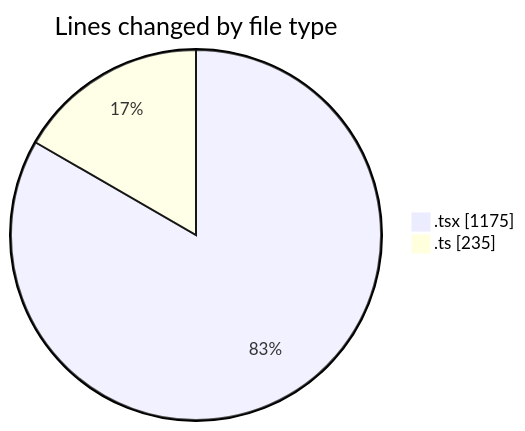
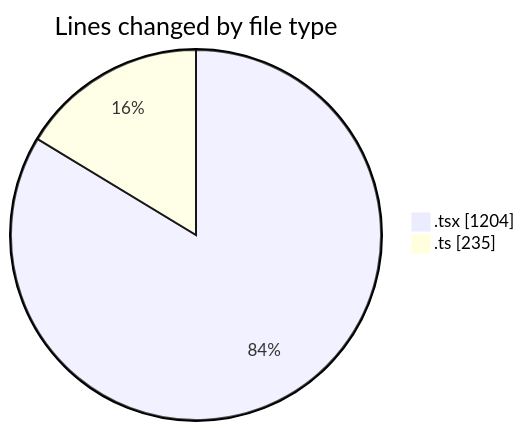
Before and after one commit to momahboobian/code-tracking: the first of 2 diagrams in 2025-09-15/cda/README.md, drawn with Mermaid. The commit also changed other lines of this file and 1 other file, not shown here.

````diff
--- a/2025-09-15/cda/README.md
+++ b/2025-09-15/cda/README.md
@@ -22,6 +22,6 @@
 ```mermaid
 pie showData
 title Lines changed by file type
-".tsx" : 1175
+".tsx" : 1204
 ".ts" : 235
 ```
````
